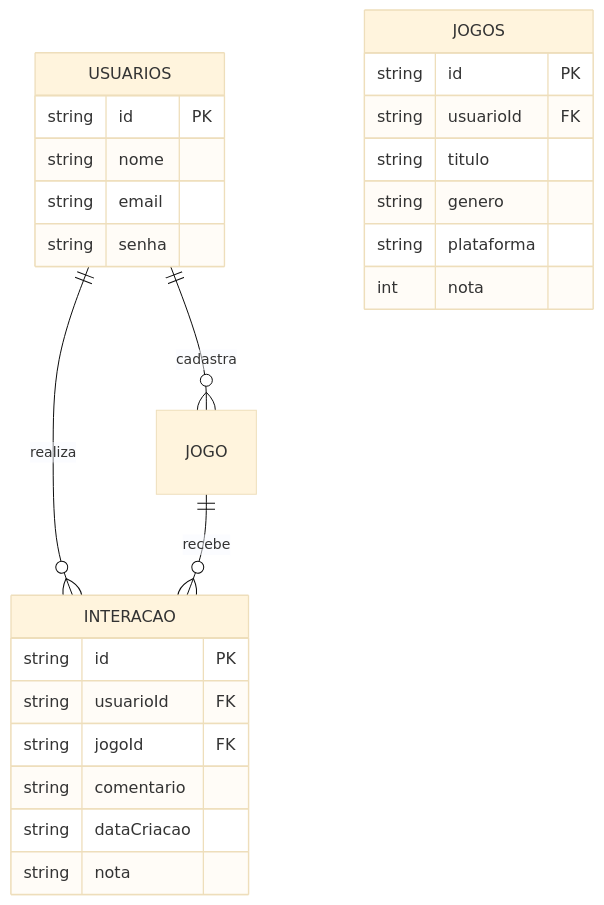
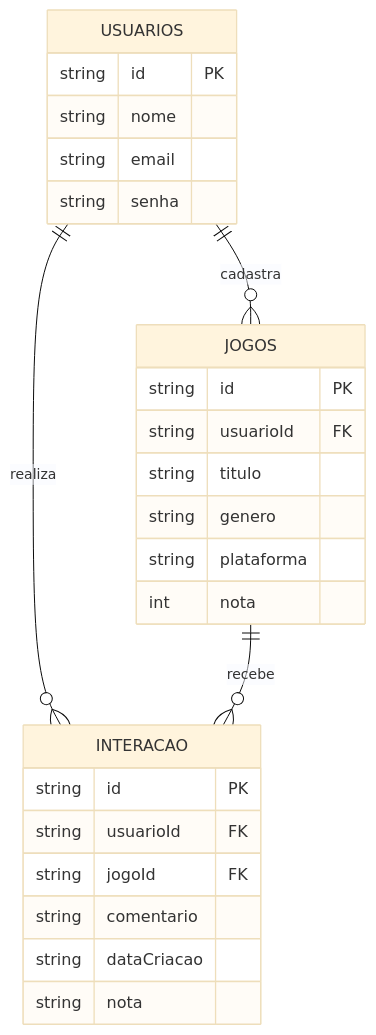
Before and after one commit to Rafael-Martins-Amaral/gamery: the diagram in docs/spec.md, drawn with Mermaid (base theme).

````diff
--- a/docs/spec.md
+++ b/docs/spec.md
@@ -46,32 +46,32 @@
 ```mermaid
 erDiagram
-    USUARIOS ||--o{ JOGO : "cadastra"
+    USUARIOS ||--o{ JOGOS : "cadastra"
     USUARIOS ||--o{ INTERACAO : "realiza"
-    JOGO ||--o{ INTERACAO : "recebe"
+    JOGOS ||--o{ INTERACAO : "recebe"
 
     USUARIOS {
         string id PK
         string nome
         string email
         string senha
     }
 
     JOGOS {
         string id PK
         string usuarioId FK
         string titulo
         string genero
         string plataforma
         int nota
         
     }
 
     INTERACAO {
         string id PK
         string usuarioId FK
         string jogoId FK
         string comentario
         string dataCriacao
         string nota
     }
 ```
````
